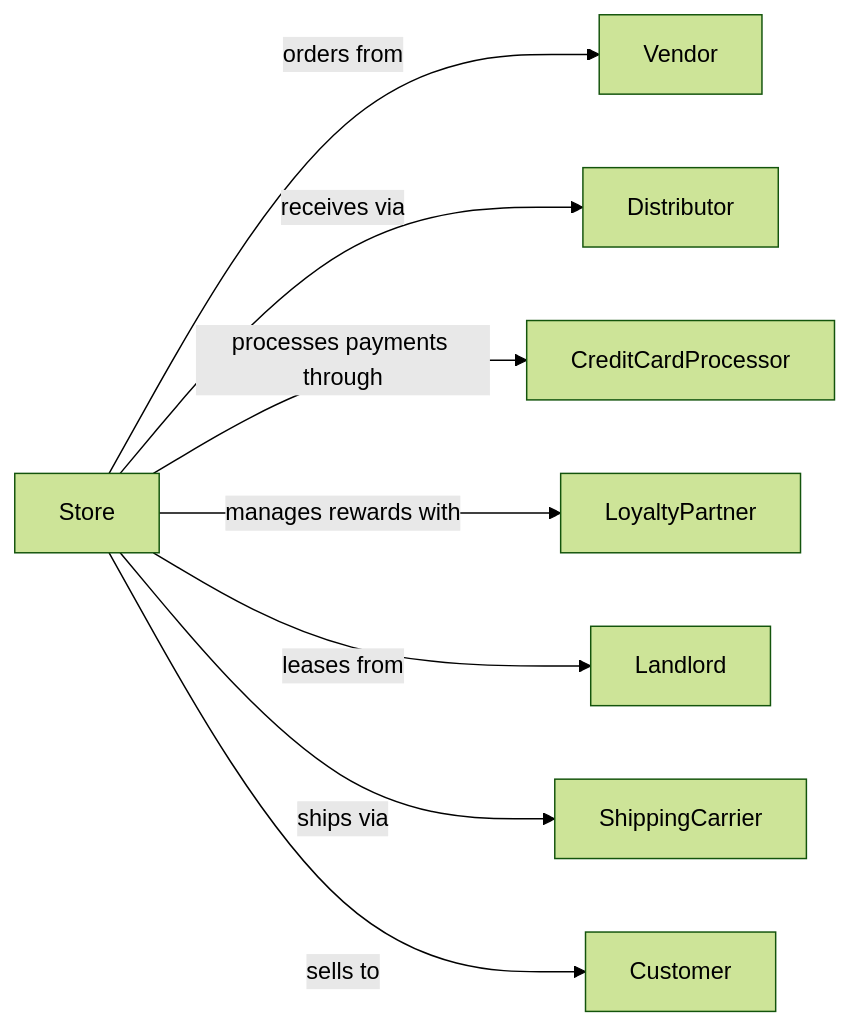
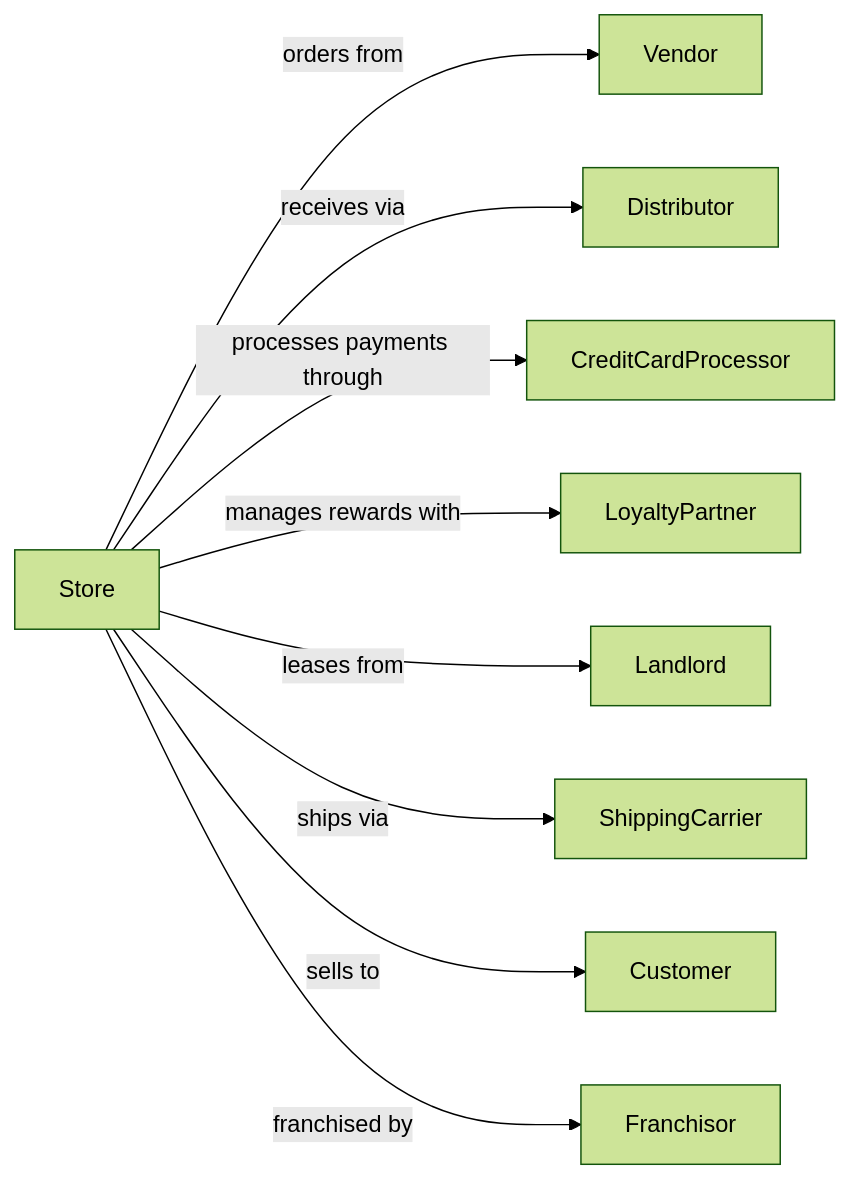
One commit to dot-org-ai/industries.org.ai changed the second of 2 diagrams in RetailTrade/GeneralMerchandiseRetailers/DepartmentStores/DepartmentStores.mdx. Above: the diagram before and after it, drawn with Mermaid (forest theme). The commit also changed 588 other files, not shown here.

````diff
--- a/RetailTrade/GeneralMerchandiseRetailers/DepartmentStores/DepartmentStores.mdx
+++ b/RetailTrade/GeneralMerchandiseRetailers/DepartmentStores/DepartmentStores.mdx
@@ -135,12 +135,13 @@
 ```mermaid
 graph LR
     S[Store]
 
     S -->|orders from| Vendor
     S -->|receives via| Distributor
     S -->|processes payments through| CreditCardProcessor
     S -->|manages rewards with| LoyaltyPartner
     S -->|leases from| Landlord
     S -->|ships via| ShippingCarrier
     S -->|sells to| Customer
+    S -->|franchised by| Franchisor
 ```
````
